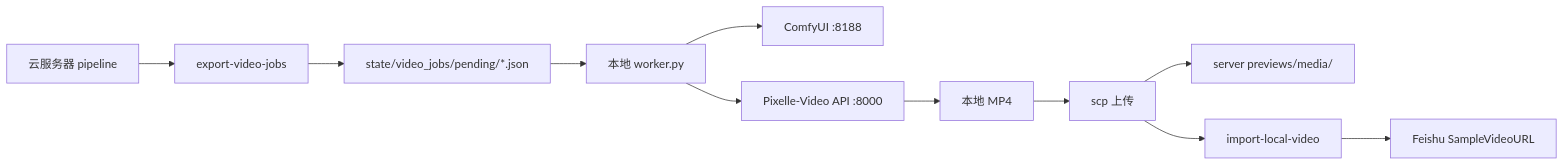
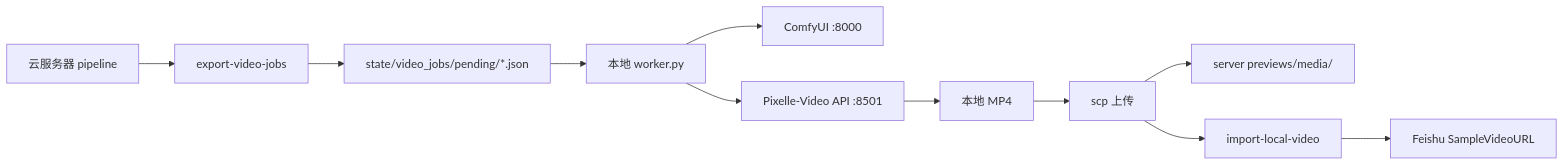
One commit to bill33942008/fa changed the diagram in automation/local_gpu/README.md. Above: the diagram before and after it, drawn with Mermaid. The commit also changed other lines of this file and 6 other files, not shown here.

Commit message:
Update default ports: ComfyUI 8000, Pixelle-Video API 8501

````diff
--- a/automation/local_gpu/README.md
+++ b/automation/local_gpu/README.md
@@ -7,13 +7,13 @@
 ```mermaid
 flowchart LR
   Server["云服务器 pipeline"] --> Export["export-video-jobs"]
   Export --> Jobs["state/video_jobs/pending/*.json"]
   Jobs --> Worker["本地 worker.py"]
-  Worker --> ComfyUI["ComfyUI :8188"]
-  Worker --> Pixelle["Pixelle-Video API :8000"]
+  Worker --> ComfyUI["ComfyUI :8000"]
+  Worker --> Pixelle["Pixelle-Video API :8501"]
   Pixelle --> MP4["本地 MP4"]
   MP4 --> Upload["scp 上传"]
   Upload --> Media["server previews/media/"]
   Upload --> Import["import-local-video"]
   Import --> Feishu["Feishu SampleVideoURL"]
 ```
````
